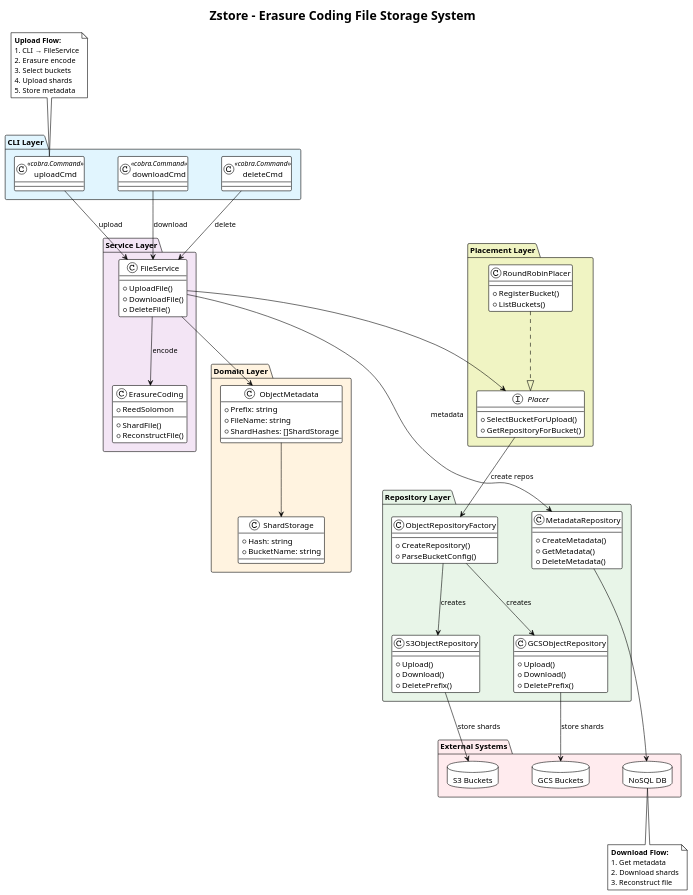
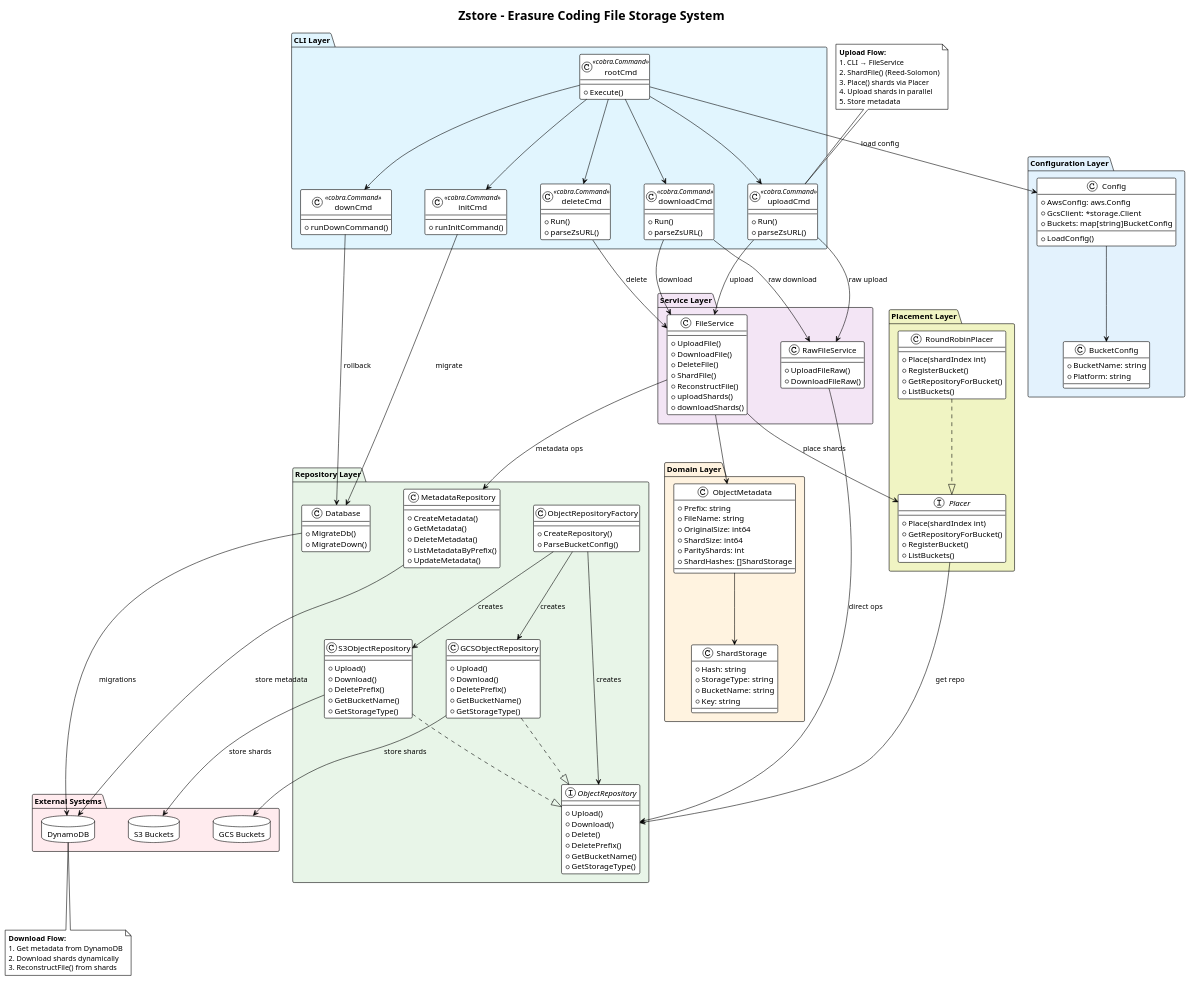
Before and after one commit to ateneo-connect/zstore: the diagram in zstore_architecture_simple.puml, drawn with PlantUML. The commit also changed 3 other files, not shown here.

```diff
--- a/zstore_architecture_simple.puml
+++ b/zstore_architecture_simple.puml
@@ -1,107 +1,189 @@
 @startuml
 !theme plain
 allowmixing
 skinparam nodesep 60
 skinparam ranksep 100
 title Zstore - Erasure Coding File Storage System
 
 package "CLI Layer" #E1F5FE {
-  class uploadCmd <<cobra.Command>>
-  class downloadCmd <<cobra.Command>>
-  class deleteCmd <<cobra.Command>>
+  class rootCmd <<cobra.Command>> {
+    +Execute()
+  }
+  class uploadCmd <<cobra.Command>> {
+    +Run()
+    +parseZsURL()
+  }
+  class downloadCmd <<cobra.Command>> {
+    +Run()
+    +parseZsURL()
+  }
+  class deleteCmd <<cobra.Command>> {
+    +Run()
+    +parseZsURL()
+  }
+  class initCmd <<cobra.Command>> {
+    +runInitCommand()
+  }
+  class downCmd <<cobra.Command>> {
+    +runDownCommand()
+  }
+}
+
+package "Configuration Layer" #E3F2FD {
+  class Config {
+    +LoadConfig()
+    +AwsConfig: aws.Config
+    +GcsClient: *storage.Client
+    +Buckets: map[string]BucketConfig
+  }
+  class BucketConfig {
+    +BucketName: string
+    +Platform: string
+  }
 }
 
 package "Service Layer" #F3E5F5 {
   class FileService {
     +UploadFile()
     +DownloadFile()
     +DeleteFile()
+    +ShardFile()
+    +ReconstructFile()
+    +uploadShards()
+    +downloadShards()
   }
   
-  class ErasureCoding {
-    +ShardFile()
-    +ReconstructFile()
-    +ReedSolomon
+  class RawFileService {
+    +UploadFileRaw()
+    +DownloadFileRaw()
   }
 }
 
 package "Placement Layer" #F0F4C3 {
   interface Placer {
-    +SelectBucketForUpload()
+    +Place(shardIndex int)
     +GetRepositoryForBucket()
+    +RegisterBucket()
+    +ListBuckets()
   }
   
   class RoundRobinPlacer {
+    +Place(shardIndex int)
     +RegisterBucket()
+    +GetRepositoryForBucket()
     +ListBuckets()
   }
 }
 
 package "Repository Layer" #E8F5E8 {
   class ObjectRepositoryFactory {
     +CreateRepository()
     +ParseBucketConfig()
   }
   
+  interface ObjectRepository {
+    +Upload()
+    +Download()
+    +Delete()
+    +DeletePrefix()
+    +GetBucketName()
+    +GetStorageType()
+  }
+  
   class S3ObjectRepository {
     +Upload()
     +Download()
     +DeletePrefix()
+    +GetBucketName()
+    +GetStorageType()
   }
   
   class GCSObjectRepository {
     +Upload()
     +Download()
     +DeletePrefix()
+    +GetBucketName()
+    +GetStorageType()
   }
   
   class MetadataRepository {
     +CreateMetadata()
     +GetMetadata()
     +DeleteMetadata()
+    +ListMetadataByPrefix()
+    +UpdateMetadata()
+  }
+  
+  class Database {
+    +MigrateDb()
+    +MigrateDown()
   }
 }
 
 package "Domain Layer" #FFF3E0 {
   class ObjectMetadata {
     +Prefix: string
     +FileName: string
+    +OriginalSize: int64
+    +ShardSize: int64
+    +ParityShards: int
     +ShardHashes: []ShardStorage
   }
   
   class ShardStorage {
     +Hash: string
+    +StorageType: string
     +BucketName: string
+    +Key: string
   }
 }
 
 package "External Systems" #FFEBEE {
   database "S3 Buckets" as S3
   database "GCS Buckets" as GCS
-  database "NoSQL DB" as NoSQL
+  database "DynamoDB" as DynamoDB
 }
 
 ' Main connections
+rootCmd --> uploadCmd
+rootCmd --> downloadCmd
+rootCmd --> deleteCmd
+rootCmd --> initCmd
+rootCmd --> downCmd
+
 uploadCmd --> FileService : upload
+uploadCmd --> RawFileService : raw upload
 downloadCmd --> FileService : download
+downloadCmd --> RawFileService : raw download
 deleteCmd --> FileService : delete
+initCmd --> Database : migrate
+downCmd --> Database : rollback
 
-FileService --> ErasureCoding : encode
-FileService --> Placer 
-FileService --> MetadataRepository : metadata
+rootCmd --> Config : load config
+Config --> BucketConfig
+
+FileService --> Placer : place shards
+FileService --> MetadataRepository : metadata ops
+RawFileService --> ObjectRepository : direct ops
 
 RoundRobinPlacer ..|> Placer
-Placer --> ObjectRepositoryFactory : create repos
+Placer --> ObjectRepository : get repo
+ObjectRepositoryFactory --> ObjectRepository : creates
 ObjectRepositoryFactory --> S3ObjectRepository : creates
 ObjectRepositoryFactory --> GCSObjectRepository : creates
+
+S3ObjectRepository ..|> ObjectRepository
+GCSObjectRepository ..|> ObjectRepository
+
 S3ObjectRepository --> S3 : store shards
 GCSObjectRepository --> GCS : store shards
-MetadataRepository --> NoSQL
+MetadataRepository --> DynamoDB : store metadata
+Database --> DynamoDB : migrations
 
 FileService --> ObjectMetadata
 ObjectMetadata --> ShardStorage
 
-note top of uploadCmd : **Upload Flow:**\n1. CLI → FileService\n2. Erasure encode\n3. Select buckets\n4. Upload shards\n5. Store metadata
+note top of uploadCmd : **Upload Flow:**\n1. CLI → FileService\n2. ShardFile() (Reed-Solomon)\n3. Place() shards via Placer\n4. Upload shards in parallel\n5. Store metadata
 
-note bottom of NoSQL : **Download Flow:**\n1. Get metadata\n2. Download shards\n3. Reconstruct file
+note bottom of DynamoDB : **Download Flow:**\n1. Get metadata from DynamoDB\n2. Download shards dynamically\n3. ReconstructFile() from shards
 @enduml
```
